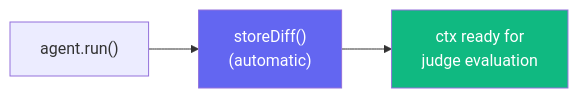
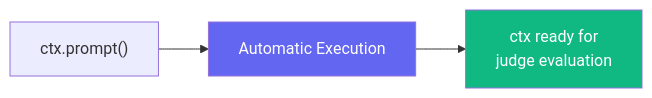
One commit to Tlahey/agent-eval changed the diagram in apps/docs/api/context.md. Above: the diagram before and after it, drawn with Mermaid. The commit also changed other lines of this file and 59 other files, not shown here.

````diff
--- a/apps/docs/api/context.md
+++ b/apps/docs/api/context.md
@@ -7,8 +7,8 @@
 ```mermaid
 flowchart LR
-    A["agent.run()"] --> B["storeDiff()<br/>(automatic)"]
+    A["ctx.prompt()"] --> B["Automatic Execution"]
     B --> C["ctx ready for<br/>judge evaluation"]
 
     style B fill:#6366f1,color:#fff
     style C fill:#10b981,color:#fff
 ```
````
